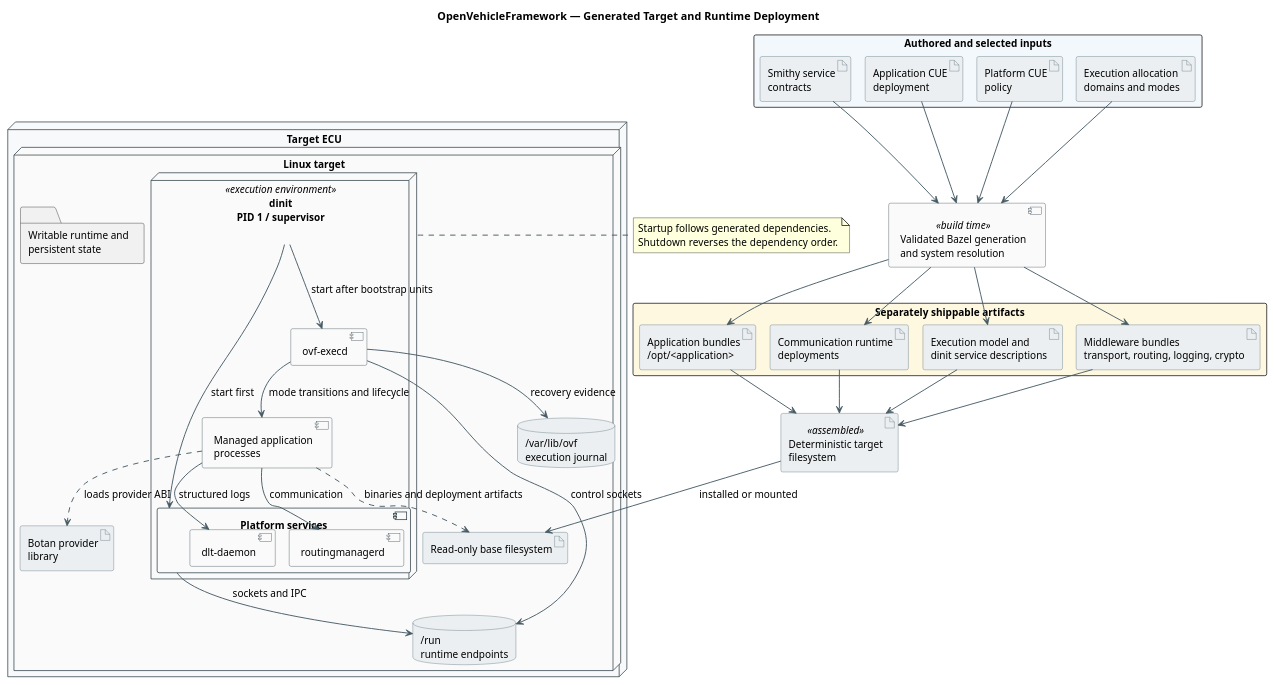
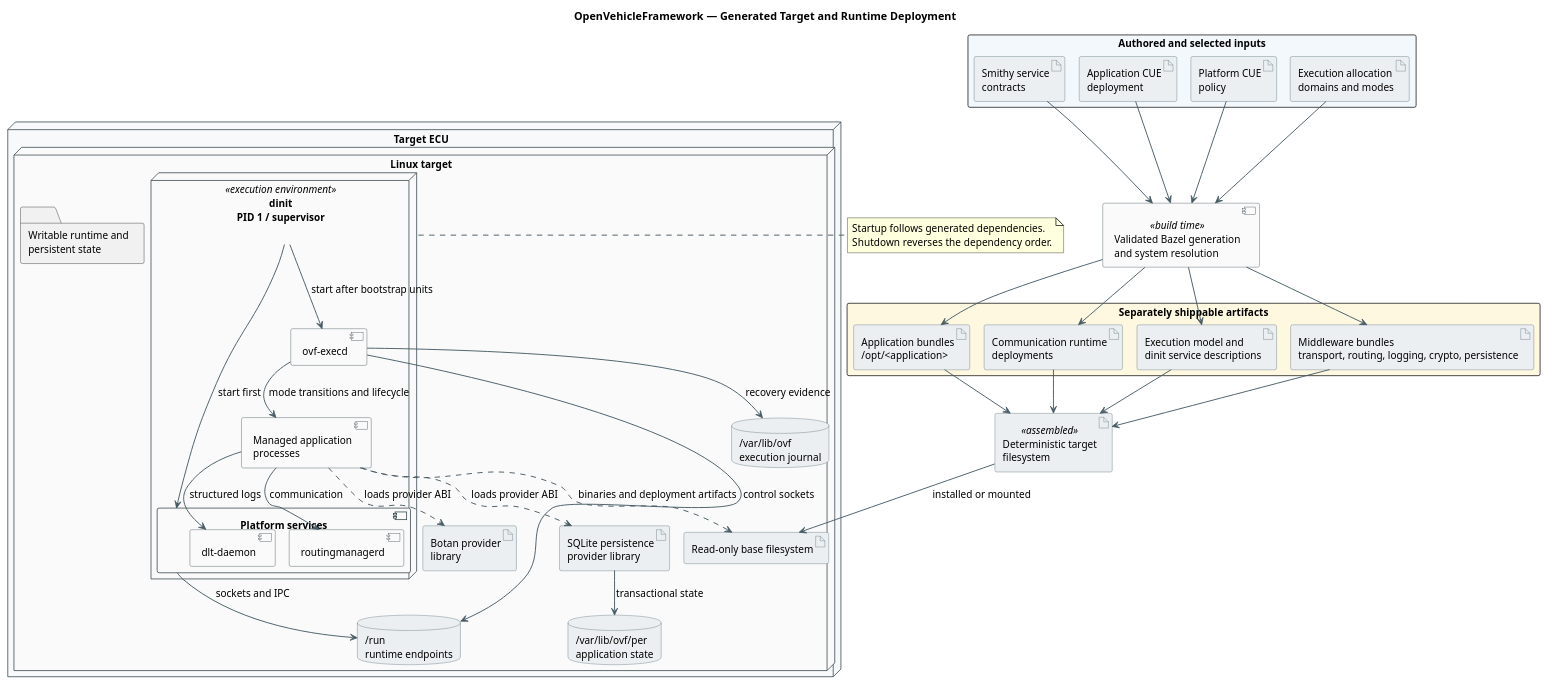
The diagram in docs/diagrams/target-deployment.puml (unwynd/openvehicleframework), drawn with PlantUML before and after one commit. The commit also changed 20 other files, not shown here.

```diff
--- a/docs/diagrams/target-deployment.puml
+++ b/docs/diagrams/target-deployment.puml
@@ -2,90 +2,94 @@
 @startuml target-deployment
 !pragma layout smetana
 title OpenVehicleFramework — Generated Target and Runtime Deployment
 
 top to bottom direction
 skinparam backgroundColor #FFFFFF
 skinparam shadowing false
 skinparam componentStyle uml2
 skinparam packageStyle rectangle
 skinparam defaultFontName Helvetica
 skinparam defaultFontSize 13
 skinparam ArrowColor #455A64
 skinparam ArrowThickness 1.2
 skinparam NodeBorderColor #37474F
 skinparam NodeBackgroundColor #FAFAFA
 skinparam ArtifactBorderColor #546E7A
 skinparam ArtifactBackgroundColor #ECEFF1
 skinparam ComponentBorderColor #37474F
 skinparam ComponentBackgroundColor #FAFAFA
 skinparam DatabaseBorderColor #546E7A
 skinparam DatabaseBackgroundColor #ECEFF1
 
 package "Authored and selected inputs" as inputs #F3F8FC {
   artifact "Smithy service\ncontracts" as smithy
   artifact "Application CUE\ndeployment" as app_cue
   artifact "Platform CUE\npolicy" as platform_cue
   artifact "Execution allocation\ndomains and modes" as allocation
 }
 
 component "Validated Bazel generation\nand system resolution" as generator <<build time>>
 
 package "Separately shippable artifacts" as artifacts #FFF8E1 {
   artifact "Application bundles\n/opt/<application>" as app_bundles
   artifact "Communication runtime\ndeployments" as com_deployments
   artifact "Execution model and\ndinit service descriptions" as exec_deployment
-  artifact "Middleware bundles\ntransport, routing, logging, crypto" as middleware
+  artifact "Middleware bundles\ntransport, routing, logging, crypto, persistence" as middleware
 }
 
 artifact "Deterministic target\nfilesystem" as rootfs <<assembled>>
 
 smithy --> generator
 app_cue --> generator
 platform_cue --> generator
 allocation --> generator
 generator --> app_bundles
 generator --> com_deployments
 generator --> exec_deployment
 generator --> middleware
 app_bundles --> rootfs
 com_deployments --> rootfs
 exec_deployment --> rootfs
 middleware --> rootfs
 
 node "Target ECU" as ecu #F7F9FA {
   node "Linux target" as linux {
     artifact "Read-only base filesystem" as lower
     folder "Writable runtime and\npersistent state" as writable
 
     node "dinit\nPID 1 / supervisor" as supervisor <<execution environment>> {
       component "Platform services" as services {
         component "routingmanagerd" as routing
         component "dlt-daemon" as dlt_daemon
       }
       component "ovf-execd" as execd
       component "Managed application\nprocesses" as applications
     }
 
     artifact "Botan provider\nlibrary" as botan
+    artifact "SQLite persistence\nprovider library" as sqlite
     database "/run\nruntime endpoints" as run
     database "/var/lib/ovf\nexecution journal" as journal
+    database "/var/lib/ovf/per\napplication state" as persistent_state
   }
 }
 
 rootfs --> lower : installed or mounted
 supervisor --> services : start first
 supervisor --> execd : start after bootstrap units
 execd --> applications : mode transitions and lifecycle
 applications --> routing : communication
 applications --> dlt_daemon : structured logs
 applications ..> botan : loads provider ABI
+applications ..> sqlite : loads provider ABI
 services --> run : sockets and IPC
 execd --> run : control sockets
 execd --> journal : recovery evidence
 applications ..> lower : binaries and deployment artifacts
+sqlite --> persistent_state : transactional state
 
 note right of supervisor
   Startup follows generated dependencies.
   Shutdown reverses the dependency order.
 end note
 @enduml
```
